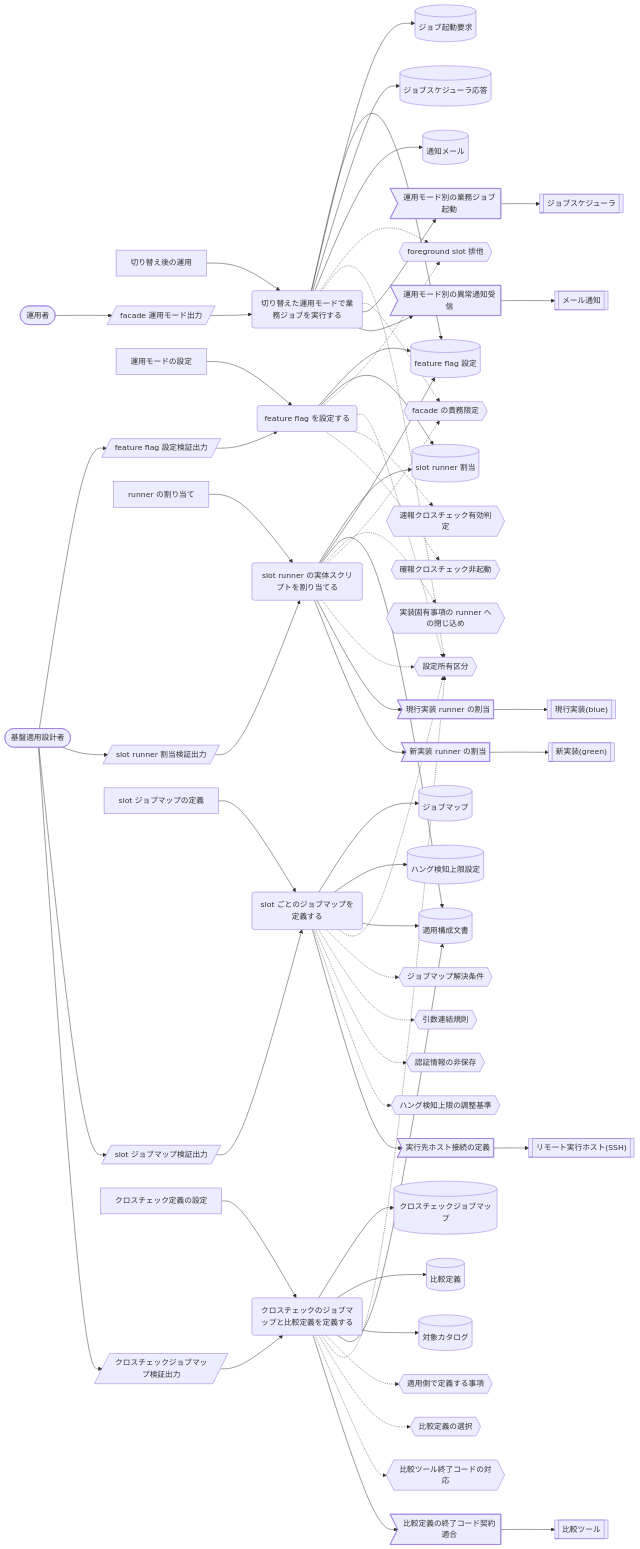
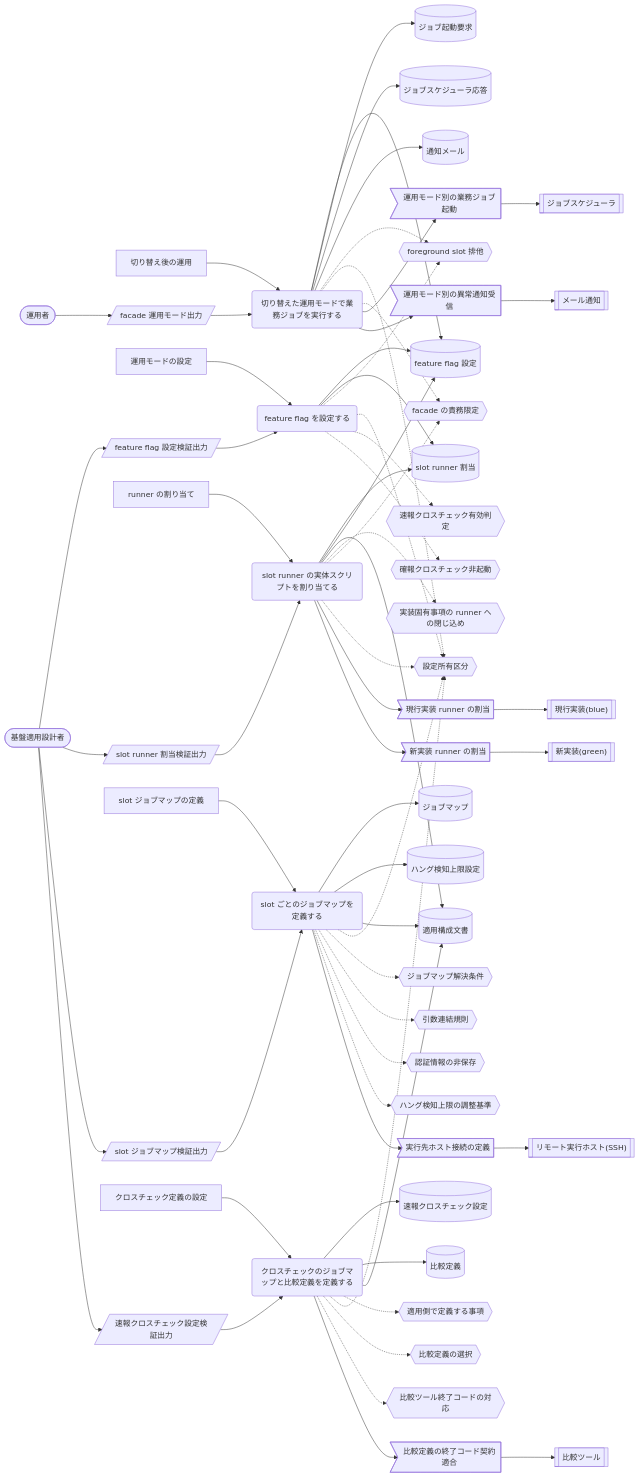
One commit to suwa-sh/relay-gate changed the seventh of 7 diagrams in docs/rdra/latest/views/04_UC複合図.md. Above: the diagram before and after it, drawn with Mermaid. The commit also changed other lines of this file and 572 other files, not shown here.

```diff
--- a/docs/rdra/latest/views/04_UC複合図.md
+++ b/docs/rdra/latest/views/04_UC複合図.md
@@ -748,13 +736,12 @@
   EX5[["リモート実行ホスト(SSH)"]]
   UC5("クロスチェックのジョブマップと比較定義を定義する")
   AT5["クロスチェック定義の設定"]
-  IF9[("クロスチェックジョブマップ")]
+  IF9[("速報クロスチェック設定")]
   IF10[("比較定義")]
-  IF11[("対象カタログ")]
   CD11{{"適用側で定義する事項"}}
   CD12{{"比較定義の選択"}}
   CD13{{"比較ツール終了コードの対応"}}
-  SC5[/"クロスチェックジョブマップ検証出力"/]
+  SC5[/"速報クロスチェック設定検証出力"/]
   EV6>"比較定義の終了コード契約適合"]
   EX6[["比較ツール"]]
   AT1 --> UC1
@@ -809,7 +796,6 @@
   AT5 --> UC5
   UC5 --> IF9
   UC5 --> IF10
-  UC5 --> IF11
   UC5 --> IF6
   UC5 -.-> CD11
   UC5 -.-> CD2
```
